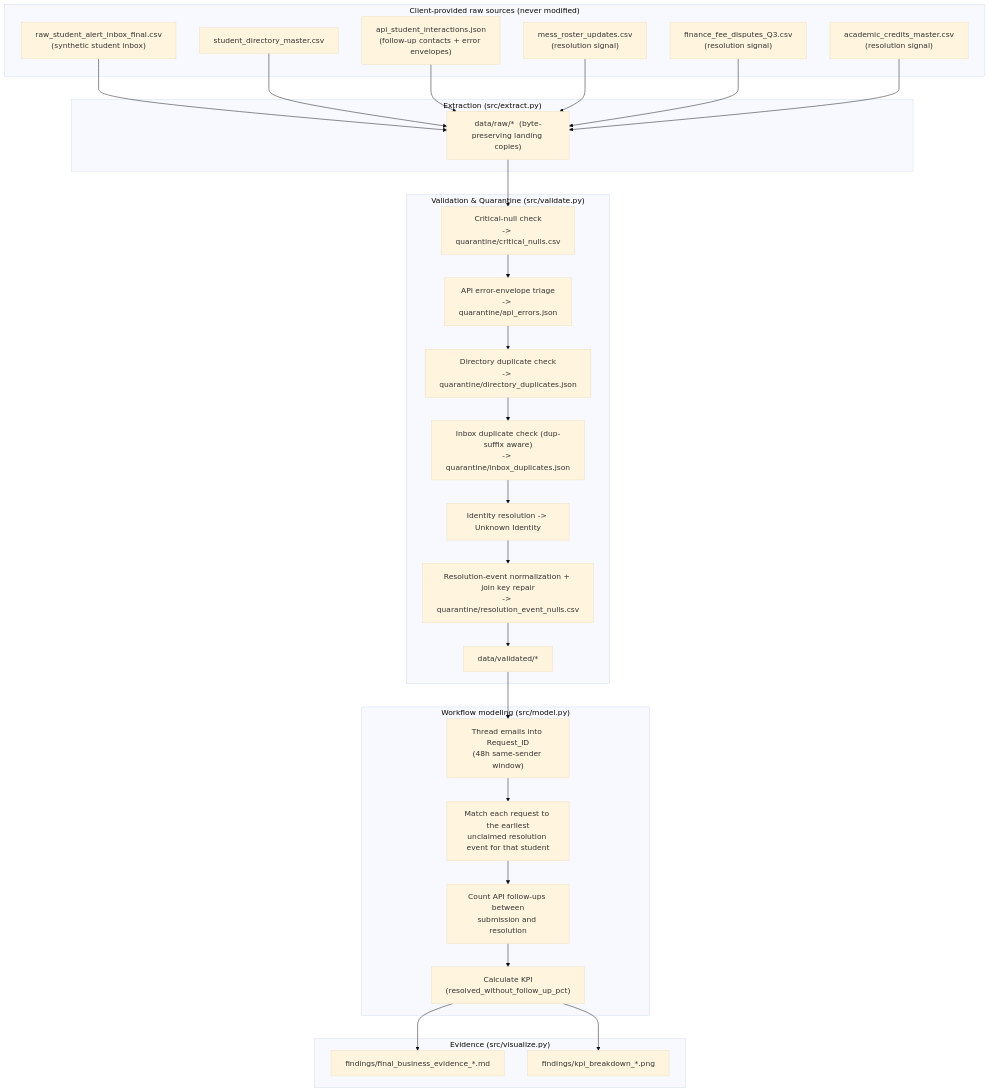
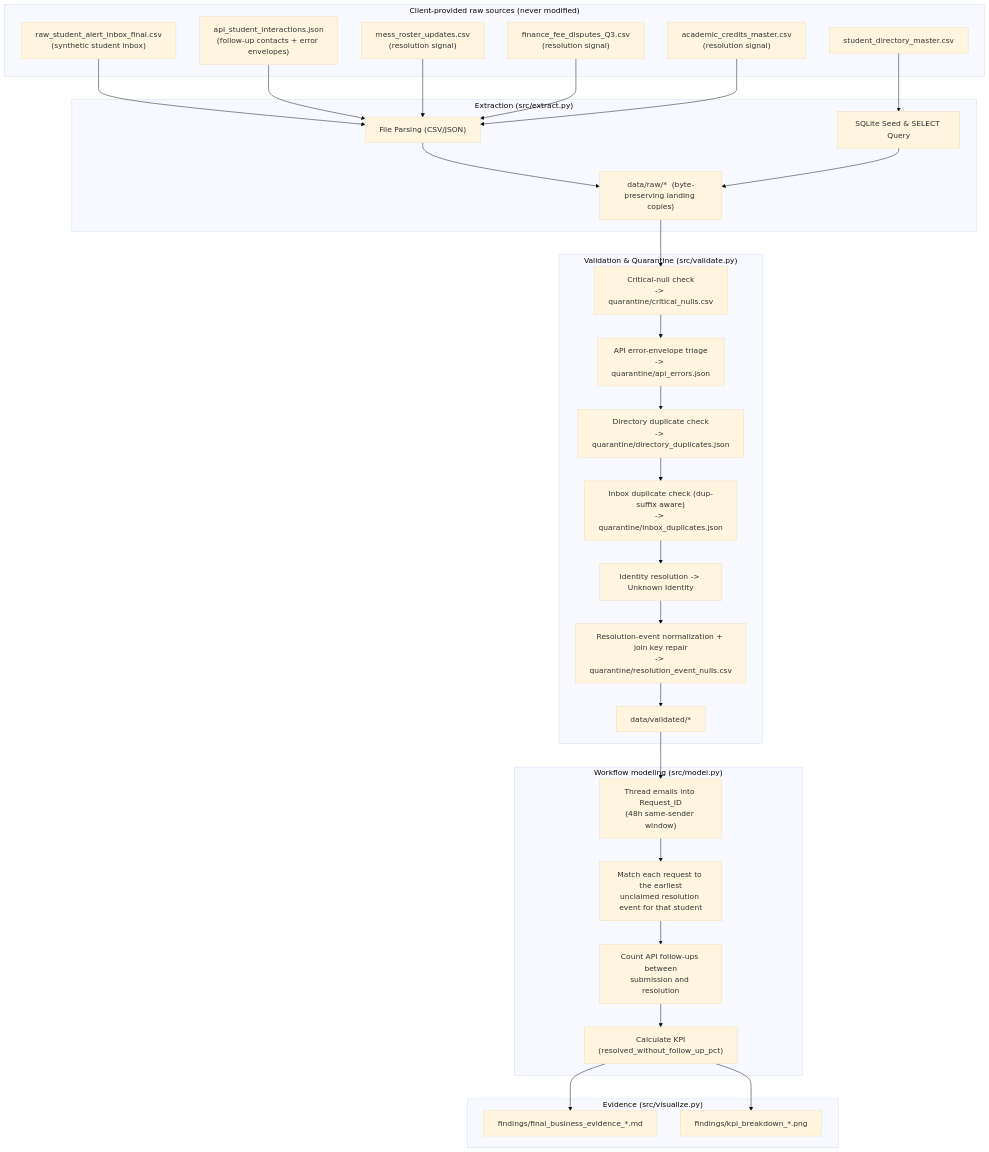
The first of 2 diagrams in findings/00_source_map_and_workflow_diagram.md (Sneharaj7645653/fde-assessment2-student-alert-pipeline), drawn with Mermaid (base theme) before and after one commit. The commit also changed other lines of this file and 6 other files, not shown here.

````diff
--- a/findings/00_source_map_and_workflow_diagram.md
+++ b/findings/00_source_map_and_workflow_diagram.md
@@ -24,49 +24,54 @@
 ```mermaid
 flowchart TD
     subgraph Sources["Client-provided raw sources (never modified)"]
         Inbox["raw_student_alert_inbox_final.csv\n(synthetic student inbox)"]
         Directory["student_directory_master.csv"]
         API["api_student_interactions.json\n(follow-up contacts + error envelopes)"]
         Mess["mess_roster_updates.csv\n(resolution signal)"]
         Finance["finance_fee_disputes_Q3.csv\n(resolution signal)"]
         Academic["academic_credits_master.csv\n(resolution signal)"]
     end
 
     subgraph Extract["Extraction  (src/extract.py)"]
+        FileParse["File Parsing (CSV/JSON)"]
+        SQLiteSeed["SQLite Seed & SELECT Query"]
         RawCopy["data/raw/*  (byte-preserving landing copies)"]
     end
 
     subgraph Validate["Validation & Quarantine  (src/validate.py)"]
         VNulls["Critical-null check\n-> quarantine/critical_nulls.csv"]
         VErr["API error-envelope triage\n-> quarantine/api_errors.json"]
         VDupDir["Directory duplicate check\n-> quarantine/directory_duplicates.json"]
         VDupInbox["Inbox duplicate check (dup-suffix aware)\n-> quarantine/inbox_duplicates.json"]
         VIdentity["Identity resolution -> Unknown Identity"]
         VResEvents["Resolution-event normalization + join key repair\n-> quarantine/resolution_event_nulls.csv"]
         Validated["data/validated/*"]
     end
 
     subgraph Model["Workflow modeling  (src/model.py)"]
         Thread["Thread emails into Request_ID\n(48h same-sender window)"]
         Resolve["Match each request to the earliest\nunclaimed resolution event for that student"]
         FollowUp["Count API follow-ups between\nsubmission and resolution"]
         KPI["Calculate KPI\n(resolved_without_follow_up_pct)"]
     end
 
     subgraph Evidence["Evidence  (src/visualize.py)"]
         Report["findings/final_business_evidence_*.md"]
         Chart["findings/kpi_breakdown_*.png"]
     end
 
-    Inbox --> RawCopy
-    Directory --> RawCopy
-    API --> RawCopy
-    Mess --> RawCopy
-    Finance --> RawCopy
-    Academic --> RawCopy
+    Inbox --> FileParse
+    API --> FileParse
+    Mess --> FileParse
+    Finance --> FileParse
+    Academic --> FileParse
+    Directory --> SQLiteSeed
+
+    FileParse --> RawCopy
+    SQLiteSeed --> RawCopy
 
     RawCopy --> VNulls --> VErr --> VDupDir --> VDupInbox --> VIdentity --> VResEvents --> Validated
 
     Validated --> Thread --> Resolve --> FollowUp --> KPI --> Report
     KPI --> Chart
 ```
````
